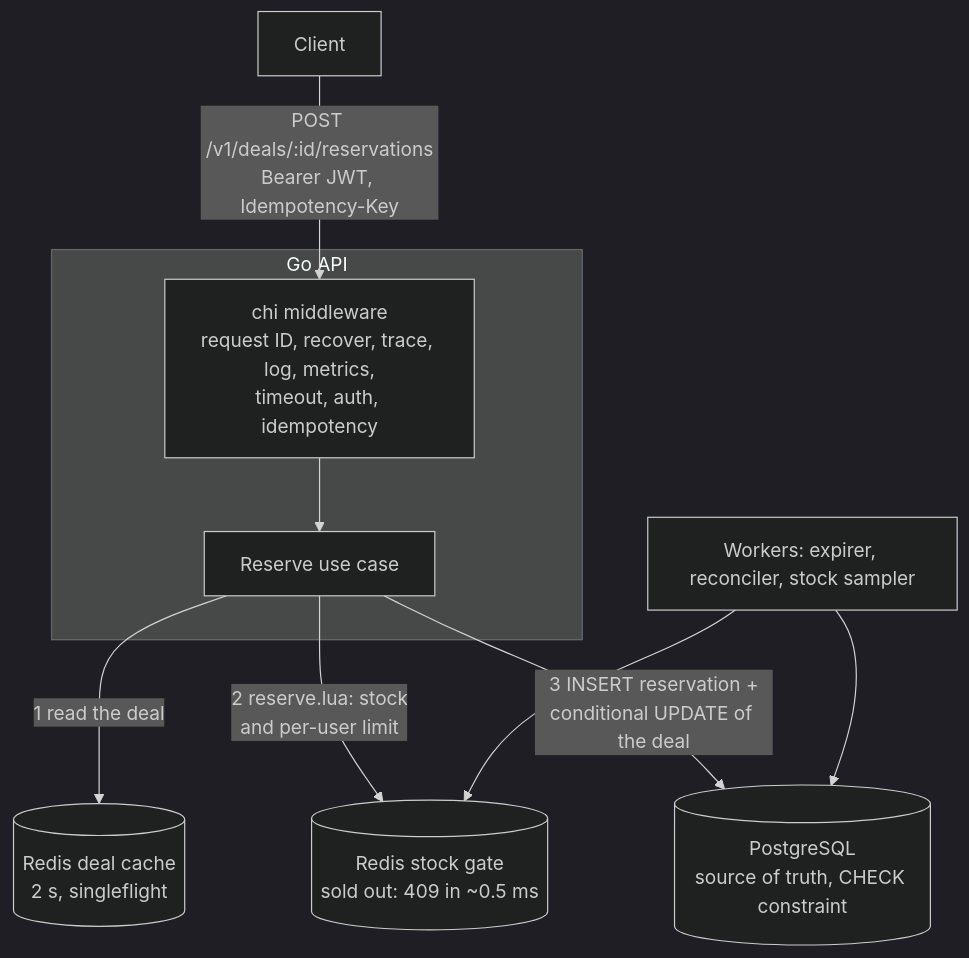
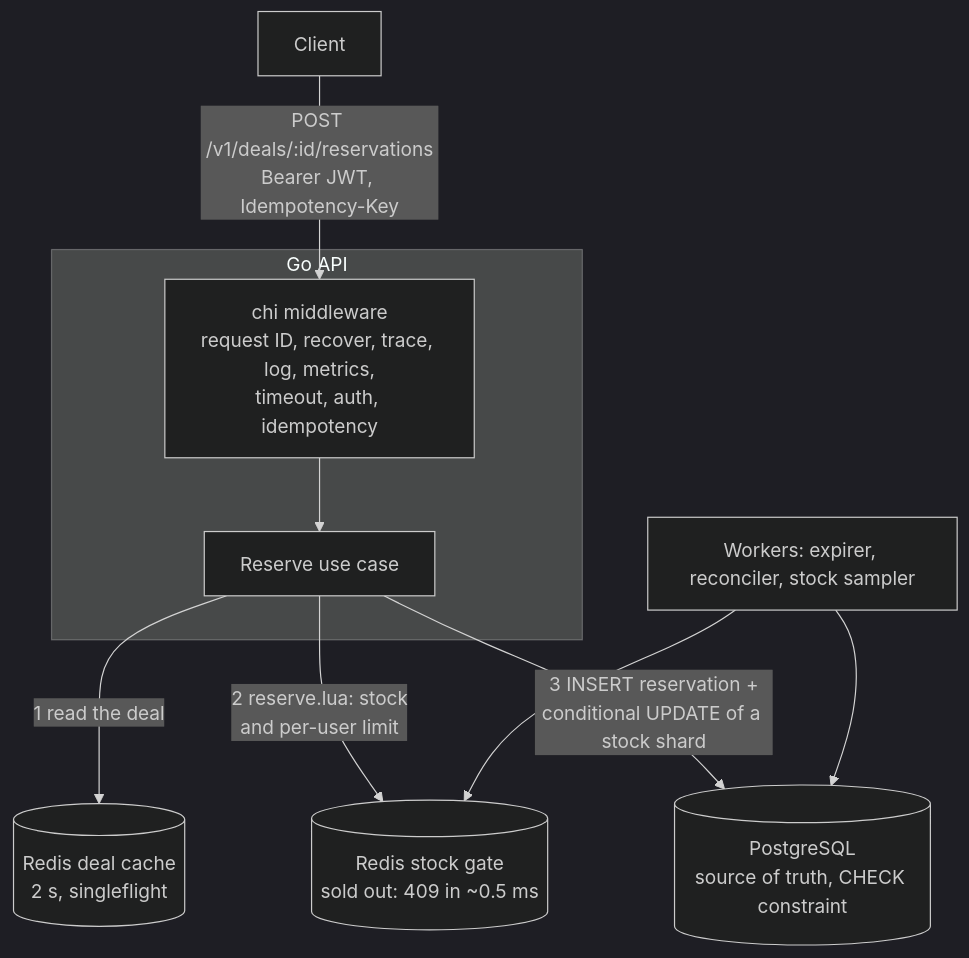
The first of 4 diagrams in README.md (whoyoshome/flashdeal-service), drawn with Mermaid (dark theme) before and after one commit. The commit also changed other lines of this file and 30 other files, not shown here.

First line of the commit message:
perf(stock): split deal stock over shards to cut reservation lock waits (#37)

````diff
--- a/README.md
+++ b/README.md
@@ -29,15 +29,15 @@
 ```mermaid
 flowchart TB
     client["Client"] -->|"POST /v1/deals/:id/reservations<br/>Bearer JWT, Idempotency-Key"| mw
 
     subgraph api["Go API"]
         mw["chi middleware<br/>request ID, recover, trace, log, metrics,<br/>timeout, auth, idempotency"] --> reserve["Reserve use case"]
     end
 
     reserve -->|"1 read the deal"| cache[("Redis deal cache<br/>2 s, singleflight")]
     reserve -->|"2 reserve.lua: stock<br/>and per-user limit"| gate[("Redis stock gate<br/>sold out: 409 in ~0.5 ms")]
-    reserve -->|"3 INSERT reservation +<br/>conditional UPDATE of the deal"| pg[("PostgreSQL<br/>source of truth, CHECK constraint")]
+    reserve -->|"3 INSERT reservation +<br/>conditional UPDATE of a stock shard"| pg[("PostgreSQL<br/>source of truth, CHECK constraint")]
 
     workers["Workers: expirer, reconciler, stock sampler"] --> gate
     workers --> pg
 ```
````
